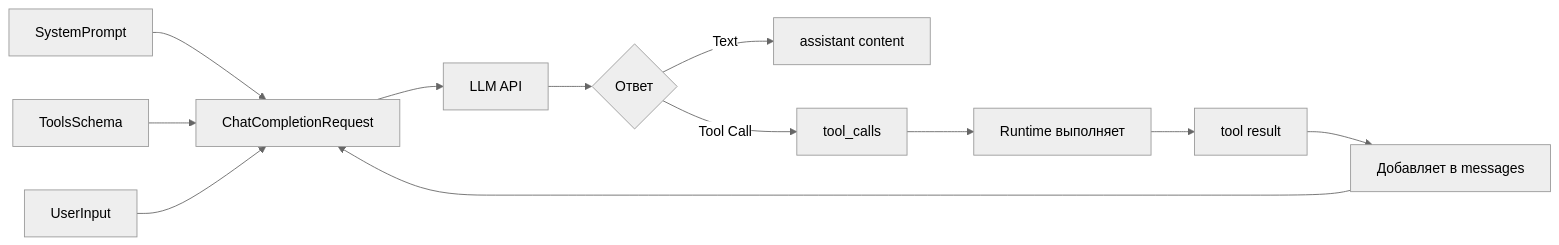
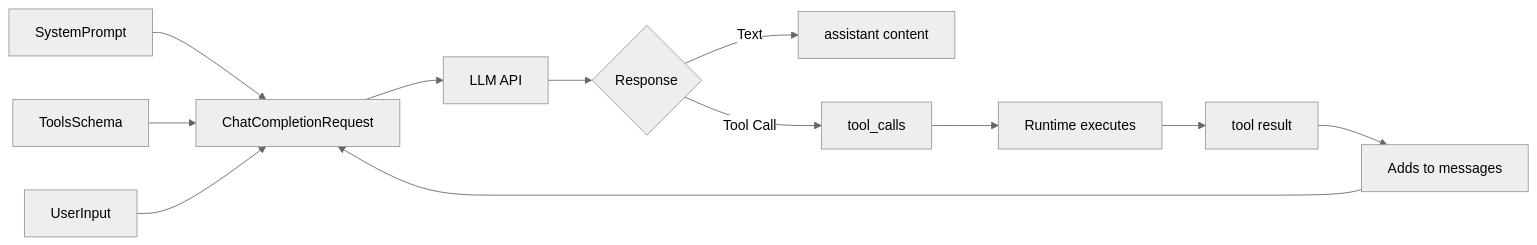
One commit to kshvakov/ai-agent-course changed the diagram in docs/book/02-prompt-engineering/README.md. Above: the diagram before and after it, drawn with Mermaid (neutral theme). The commit also changed other lines of this file and 42 other files, not shown here.

````diff
--- a/docs/book/02-prompt-engineering/README.md
+++ b/docs/book/02-prompt-engineering/README.md
@@ -320,14 +320,14 @@
 ```mermaid
 graph LR
     A[SystemPrompt] --> D[ChatCompletionRequest]
     B[ToolsSchema] --> D
     C[UserInput] --> D
     D --> E[LLM API]
-    E --> F{Ответ}
+    E --> F{Response}
     F -->|Text| G[assistant content]
     F -->|Tool Call| H[tool_calls]
-    H --> I[Runtime выполняет]
+    H --> I[Runtime executes]
     I --> J[tool result]
-    J --> K[Добавляет в messages]
+    J --> K[Adds to messages]
     K --> D
 ```
````
